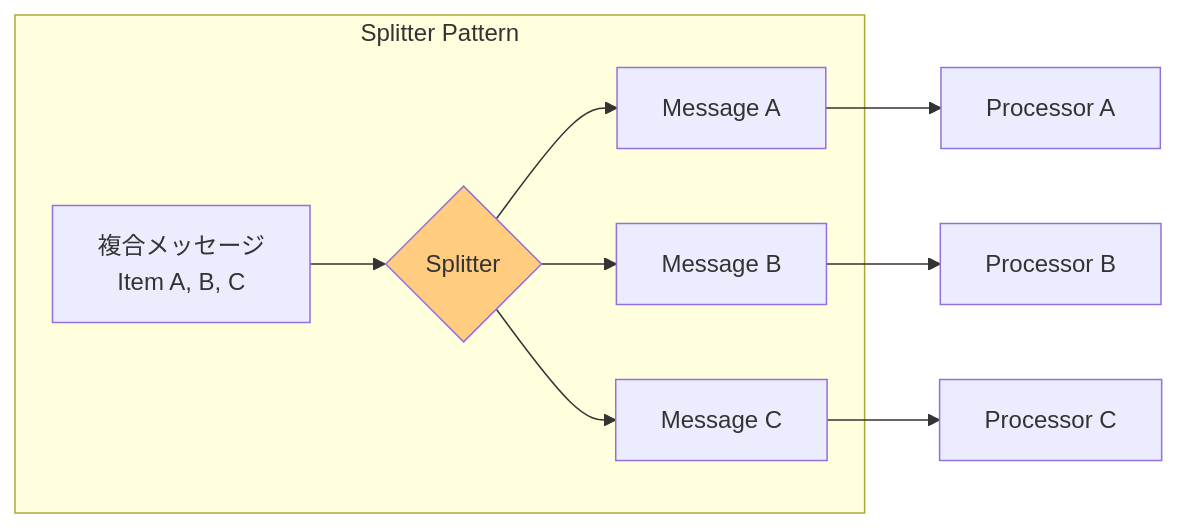
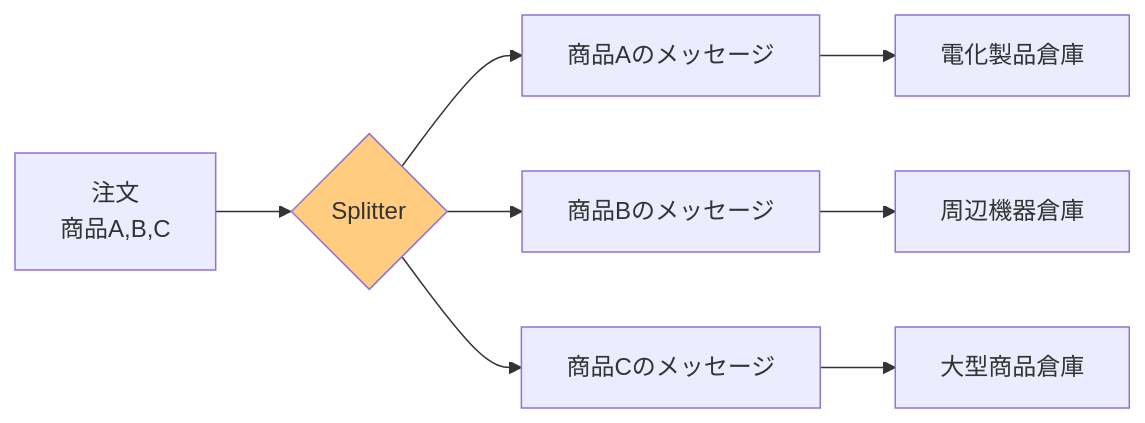
Before and after one commit to tomoikey/quartz: the third of 7 diagrams in content/programming/reactive_messaging_pattern/simple-routers/splitter.md, drawn with Mermaid. The commit also changed other lines of this file and 18 other files, not shown here.

````diff
--- a/content/programming/reactive_messaging_pattern/simple-routers/splitter.md
+++ b/content/programming/reactive_messaging_pattern/simple-routers/splitter.md
@@ -32,15 +68,13 @@
 ```mermaid
 graph LR
-    subgraph "Splitter Pattern"
-        ORDER[複合メッセージ<br/>Item A, B, C] --> SP{Splitter}
-        SP --> MSG_A[Message A]
-        SP --> MSG_B[Message B]
-        SP --> MSG_C[Message C]
-    end
+    ORDER[注文<br/>商品A,B,C] --> SP{Splitter}
+    SP --> MSG_A[商品Aのメッセージ]
+    SP --> MSG_B[商品Bのメッセージ]
+    SP --> MSG_C[商品Cのメッセージ]
 
-    MSG_A --> PROC_A[Processor A]
-    MSG_B --> PROC_B[Processor B]
-    MSG_C --> PROC_C[Processor C]
+    MSG_A --> WH_A[電化製品倉庫]
+    MSG_B --> WH_B[周辺機器倉庫]
+    MSG_C --> WH_C[大型商品倉庫]
 
     style SP fill:#ffcc80
 ```
````
